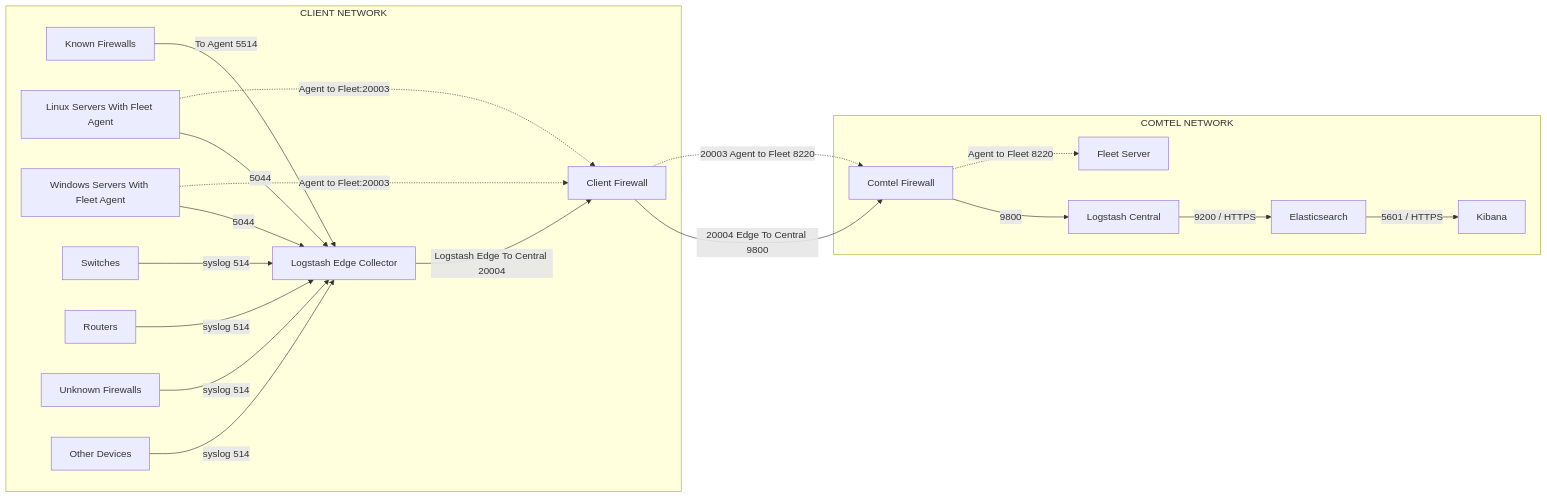
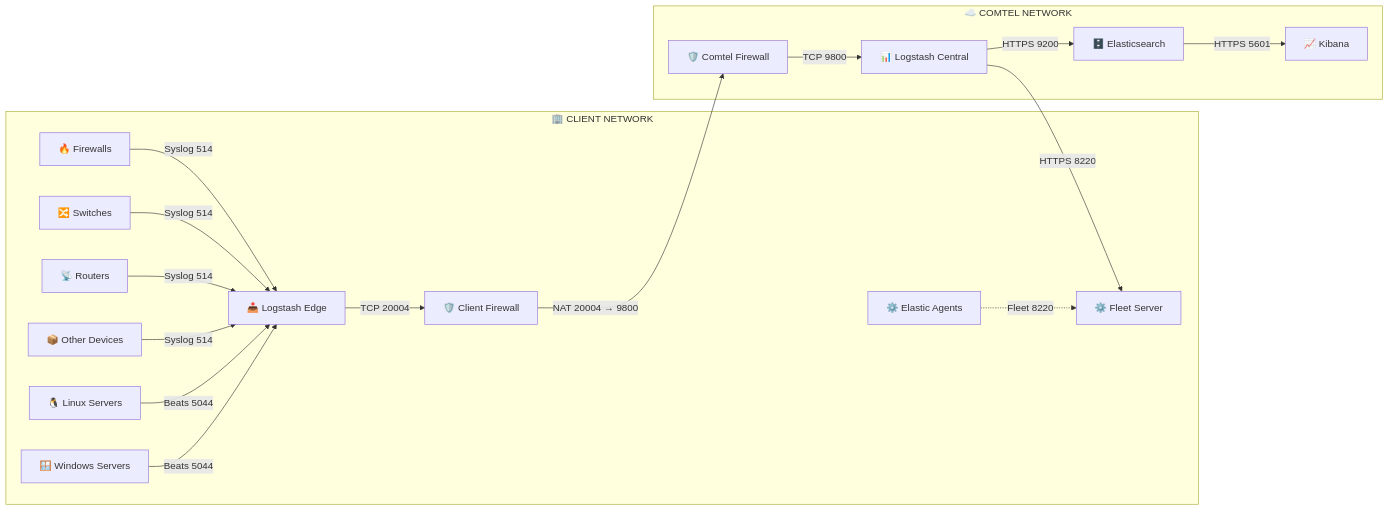
One commit to bhautik-comtel/ELK-config changed the diagram in README.md. Above: the diagram before and after it, drawn with Mermaid. The commit also changed other lines of this file, not shown here.

````diff
--- a/README.md
+++ b/README.md
@@ -20,67 +23,60 @@
 ```mermaid
 flowchart LR
 
 %% =========================
 %% CLIENT NETWORK
 %% =========================
-subgraph CLIENT["CLIENT NETWORK"]
+subgraph CLIENT["🏢 CLIENT NETWORK"]
 
-    KFW["Known Firewalls"]
-    LNX["Linux Servers With Fleet Agent"]
-    WIN["Windows Servers With Fleet Agent"]
-    SW["Switches"]
-    RTR["Routers"]
-    FW["Unknown Firewalls"]
-    OTH["Other Devices"]
+    FW["🔥 Firewalls"]
+    LNX["🐧 Linux Servers"]
+    WIN["🪟 Windows Servers"]
+    SW["🔀 Switches"]
+    RTR["📡 Routers"]
+    OTH["📦 Other Devices"]
 
+    AG["⚙️ Elastic Agents"]
 
-    EDGE["Logstash Edge Collector"]
+    EDGE["📥 Logstash Edge"]
 
-    FW --  "syslog 514" --> EDGE
-    KFW -- "To Agent 5514" --> EDGE
-    LNX -- "5044" --> EDGE
-    WIN -- "5044" --> EDGE
-    SW --  "syslog 514" --> EDGE
-    RTR -- "syslog 514" --> EDGE
-    OTH -- "syslog 514" --> EDGE
+    FW -->|"Syslog 514"| EDGE
+    SW -->|"Syslog 514"| EDGE
+    RTR -->|"Syslog 514"| EDGE
+    OTH -->|"Syslog 514"| EDGE
 
-    CFW["Client Firewall"]
+    LNX -->|"Beats 5044"| EDGE
+    WIN -->|"Beats 5044"| EDGE
 
-    EDGE -- "Logstash Edge To Central 20004" --> CFW
+    AG -.->|"Fleet 8220"| FLEET
+
+    CFW["🛡️ Client Firewall"]
+
+    EDGE -->|"TCP 20004"| CFW
 end
-
-%% =========================
-%% WAN / INTERNET
-%% =========================
-
-
 
 %% =========================
 %% COMTEL NETWORK
 %% =========================
-subgraph COMTEL["COMTEL NETWORK"]
+subgraph COMTEL["☁️ COMTEL NETWORK"]
 
-    COMFW["Comtel Firewall"]
+    COMFW["🛡️ Comtel Firewall"]
 
-    CENTRAL["Logstash Central"]
+    CENTRAL["📊 Logstash Central"]
 
-    ES["Elasticsearch"]
+    ES["🗄️ Elasticsearch"]
 
-    KB["Kibana"]
+    KB["📈 Kibana"]
 
-    FLEET["Fleet Server"]
+    FLEET["⚙️ Fleet Server"]
 
-    COMFW -- "9800" --> CENTRAL
+    COMFW -->|"TCP 9800"| CENTRAL
 
-    CENTRAL -- "9200 / HTTPS" --> ES
+    CENTRAL -->|"HTTPS 9200"| ES
 
-    ES -- "5601 / HTTPS" --> KB
+    ES -->|"HTTPS 5601"| KB
 
+    CENTRAL -->|"HTTPS 8220"| FLEET
 end
 
-CFW -- "20004 Edge To Central 9800" --> COMFW
-
-WIN -. "Agent to Fleet:20003" .-> CFW
-LNX -. "Agent to Fleet:20003" .-> CFW
-CFW -. "20003 Agent to Fleet 8220" .-> COMFW -."Agent to Fleet 8220".-> FLEET
+CFW -->|"NAT 20004 → 9800"| COMFW
 ```
````
